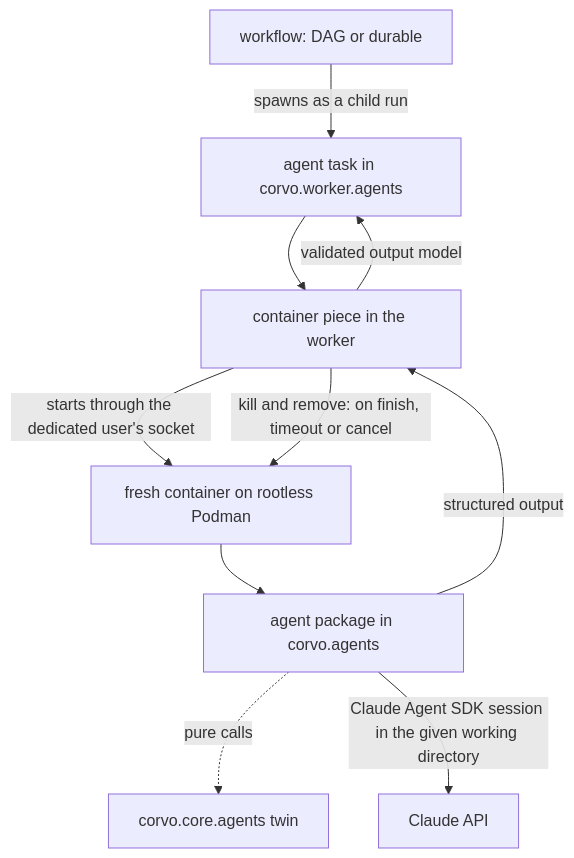
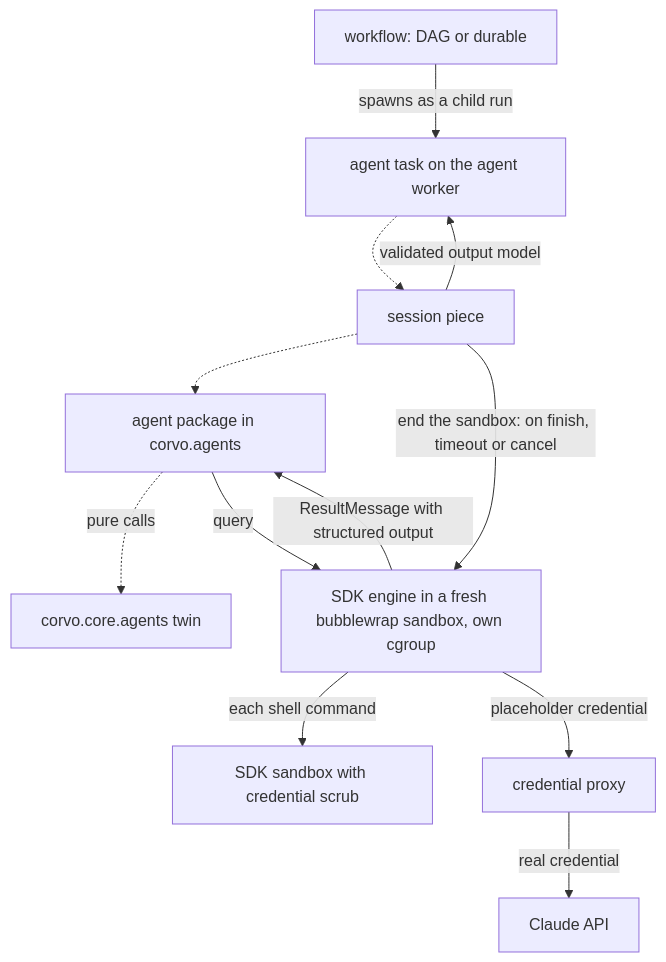
The first of 4 diagrams in docs/plans/2026-10-15-0020-feat-agents-skeleton-plan.md (thatsnotmynameio/corvo), drawn with Mermaid before and after one commit. The commit also changed other lines of this file, not shown here.

First line of the commit message:
docs: run agents in bubblewrap on a dedicated agent worker

````diff
--- a/docs/plans/2026-10-15-0020-feat-agents-skeleton-plan.md
+++ b/docs/plans/2026-10-15-0020-feat-agents-skeleton-plan.md
@@ -110,12 +113,14 @@
 ```mermaid
 flowchart TB
-  WF[workflow: DAG or durable] -->|spawns as a child run| T[agent task in corvo.worker.agents]
-  T --> L[container piece in the worker]
-  L -->|starts through the dedicated user's socket| C[fresh container on rootless Podman]
-  C --> A[agent package in corvo.agents]
+  WF[workflow: DAG or durable] -->|spawns as a child run| T[agent task on the agent worker]
+  T -.-> S[session piece]
+  S -.-> A[agent package in corvo.agents]
   A -.->|pure calls| K[corvo.core.agents twin]
-  A -->|Claude Agent SDK session in the given working directory| CL[Claude API]
-  A -->|structured output| L
-  L -->|validated output model| T
-  L -->|kill and remove: on finish, timeout or cancel| C
+  A -->|query| E[SDK engine in a fresh bubblewrap sandbox, own cgroup]
+  E -->|each shell command| B[SDK sandbox with credential scrub]
+  E -->|placeholder credential| P[credential proxy]
+  P -->|real credential| CL[Claude API]
+  E -->|ResultMessage with structured output| A
+  S -->|validated output model| T
+  S -->|end the sandbox: on finish, timeout or cancel| E
 ```
````
